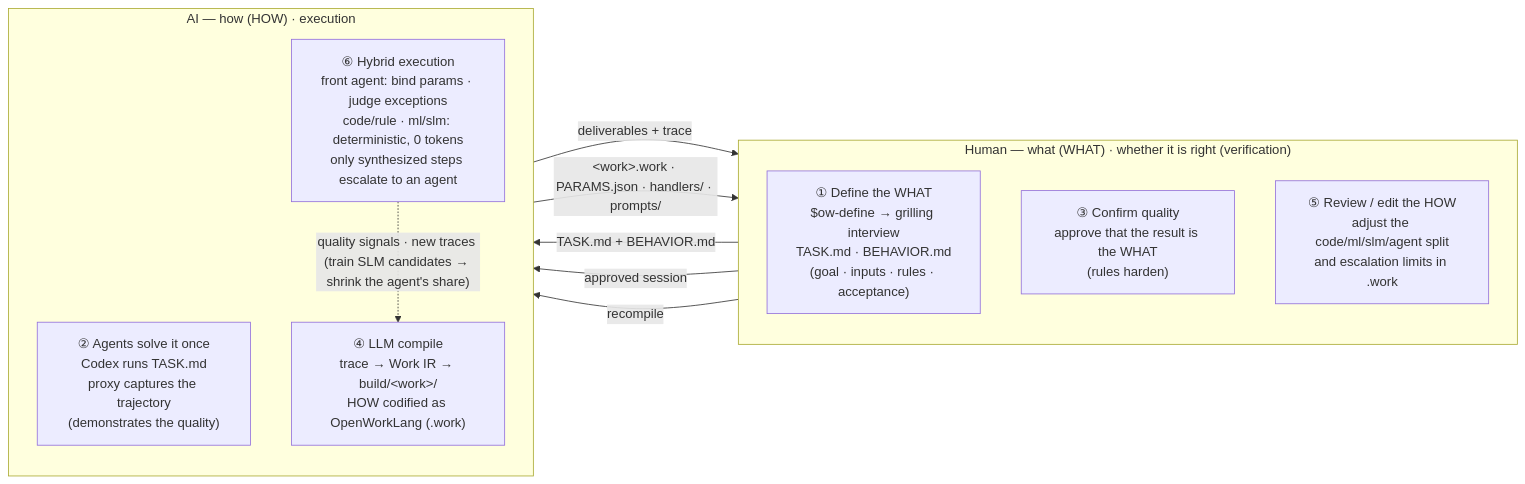
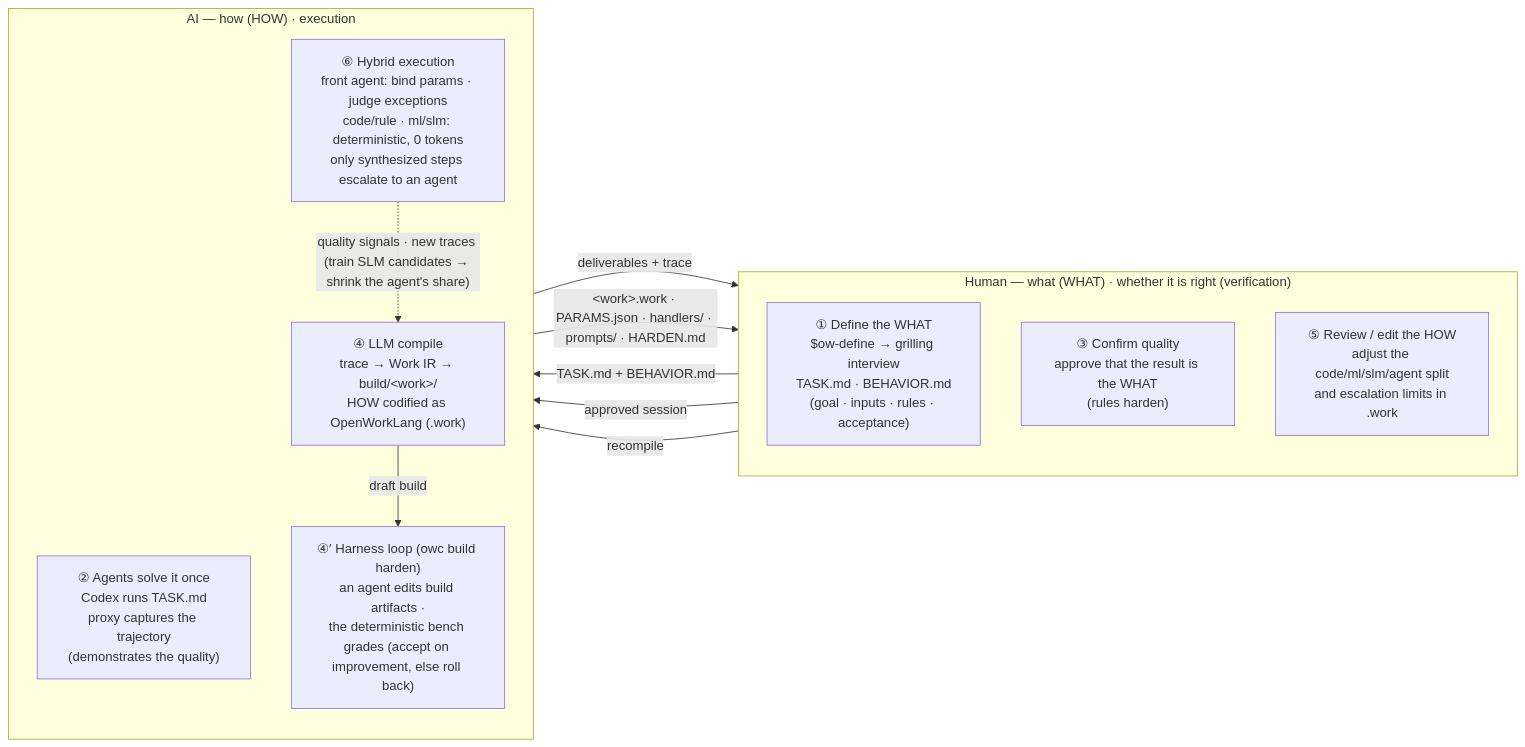
Before and after one commit to baryonlabs/workcompiler: the first of 2 diagrams in README.en.md, drawn with Mermaid. The commit also changed other lines of this file and 14 other files, not shown here.

````diff
--- a/README.en.md
+++ b/README.en.md
@@ -34,23 +34,25 @@
 ```mermaid
 flowchart LR
     subgraph HUMAN["Human — what (WHAT) · whether it is right (verification)"]
         direction TB
         H1["① Define the WHAT<br/>$ow-define → grilling interview<br/>TASK.md · BEHAVIOR.md<br/>(goal · inputs · rules · acceptance)"]
         H2["③ Confirm quality<br/>approve that the result is the WHAT<br/>(rules harden)"]
         H4["⑤ Review / edit the HOW<br/>adjust the code/ml/slm/agent split<br/>and escalation limits in .work"]
     end
 
     subgraph AI["AI — how (HOW) · execution"]
         direction TB
         A1["② Agents solve it once<br/>Codex runs TASK.md<br/>proxy captures the trajectory<br/>(demonstrates the quality)"]
         A2["④ LLM compile<br/>trace → Work IR → build/&lt;work&gt;/<br/>HOW codified as OpenWorkLang (.work)"]
+        A4["④′ Harness loop (owc build harden)<br/>an agent edits build artifacts ·<br/>the deterministic bench grades (accept on improvement, else roll back)"]
         A3["⑥ Hybrid execution<br/>front agent: bind params · judge exceptions<br/>code/rule · ml/slm: deterministic, 0 tokens<br/>only synthesized steps escalate to an agent"]
     end
 
     H1 -->|"TASK.md + BEHAVIOR.md"| A1
     A1 -->|"deliverables + trace"| H2
     H2 -->|"approved session"| A2
-    A2 -->|"&lt;work&gt;.work · PARAMS.json · handlers/ · prompts/"| H4
+    A2 -->|"draft build"| A4
+    A4 -->|"&lt;work&gt;.work · PARAMS.json · handlers/ · prompts/ · HARDEN.md"| H4
     H4 -->|"recompile"| A3
     A3 -.->|"quality signals · new traces (train SLM candidates → shrink the agent's share)"| A2
 ```
````
